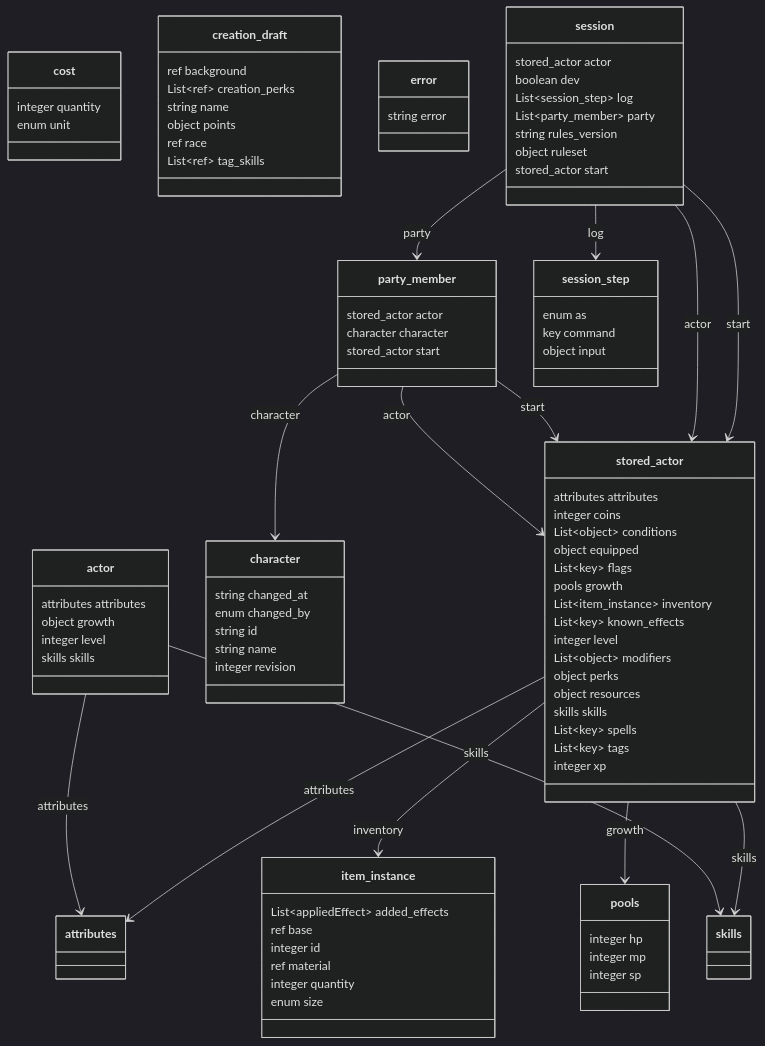
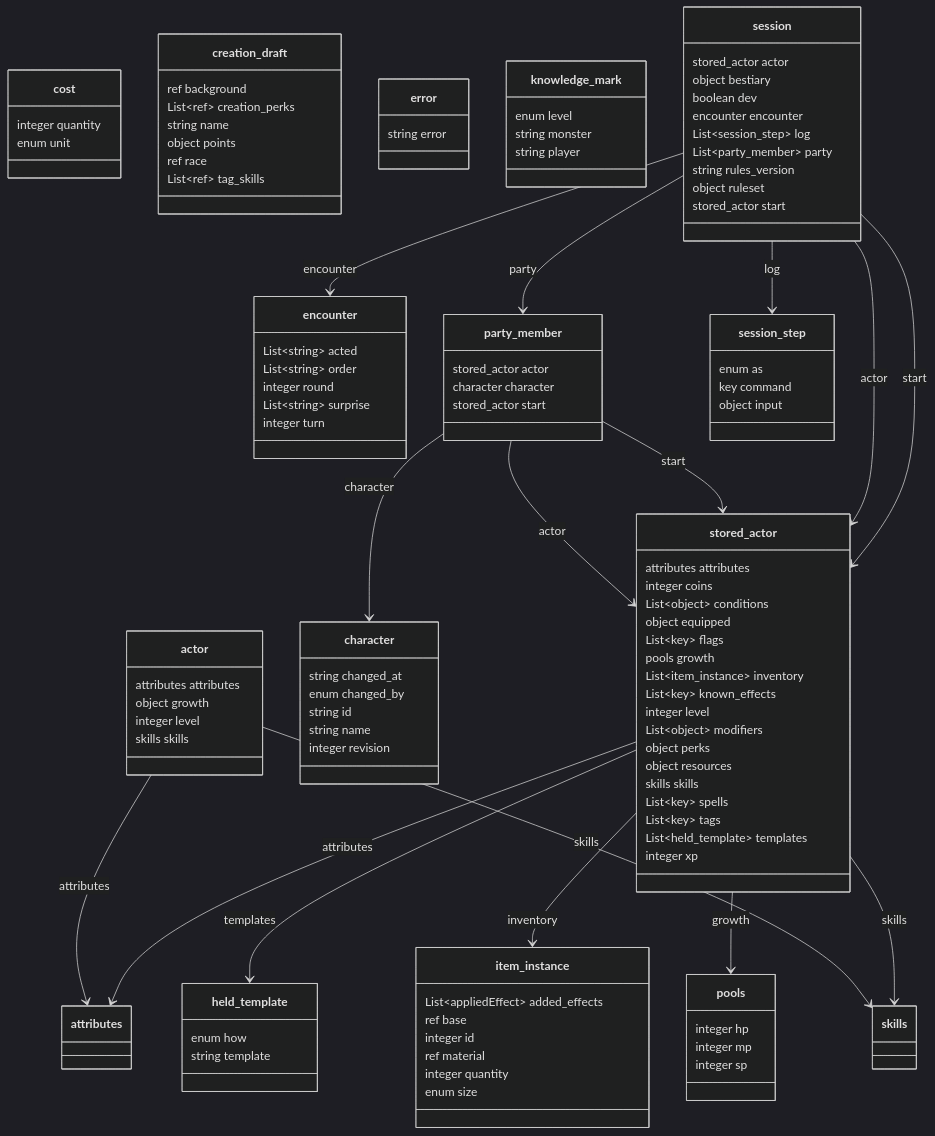
The first of 34 diagrams in docs/backend/contract-diagram.md (SETA1609/riftweave-core), drawn with Mermaid (dark theme) before and after one commit. The commit also changed other lines of this file and 305 other files, not shown here.

```diff
--- a/docs/backend/contract-diagram.md
+++ b/docs/backend/contract-diagram.md
@@ -43,8 +43,19 @@
         ref race
         List~ref~ tag_skills
     }
+    class encounter {
+        List~string~ acted
+        List~string~ order
+        integer round
+        List~string~ surprise
+        integer turn
+    }
     class error {
         string error
+    }
+    class held_template {
+        enum how
+        string template
     }
     class item_instance {
         List~appliedEffect~ added_effects
@@ -53,6 +64,11 @@
         ref material
         integer quantity
         enum size
+    }
+    class knowledge_mark {
+        enum level
+        string monster
+        string player
     }
     class party_member {
         stored_actor actor
@@ -66,7 +82,9 @@
     }
     class session {
         stored_actor actor
+        object bestiary
         boolean dev
+        encounter encounter
         List~session_step~ log
         List~party_member~ party
         string rules_version
@@ -96,6 +114,7 @@
         skills skills
         List~key~ spells
         List~key~ tags
+        List~held_template~ templates
         integer xp
     }
     actor --> attributes : attributes
@@ -103,11 +122,13 @@
     party_member --> character : character
     party_member --> stored_actor : actor
     party_member --> stored_actor : start
+    session --> encounter : encounter
     session --> party_member : party
     session --> session_step : log
     session --> stored_actor : actor
     session --> stored_actor : start
     stored_actor --> attributes : attributes
+    stored_actor --> held_template : templates
     stored_actor --> item_instance : inventory
     stored_actor --> pools : growth
     stored_actor --> skills : skills
```
